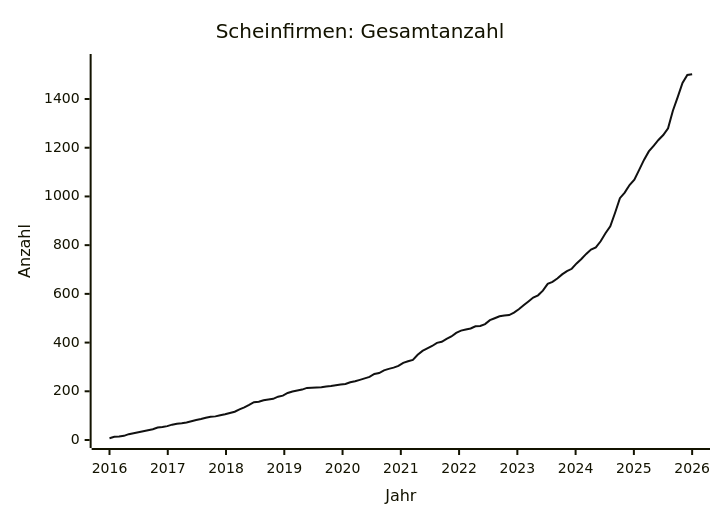
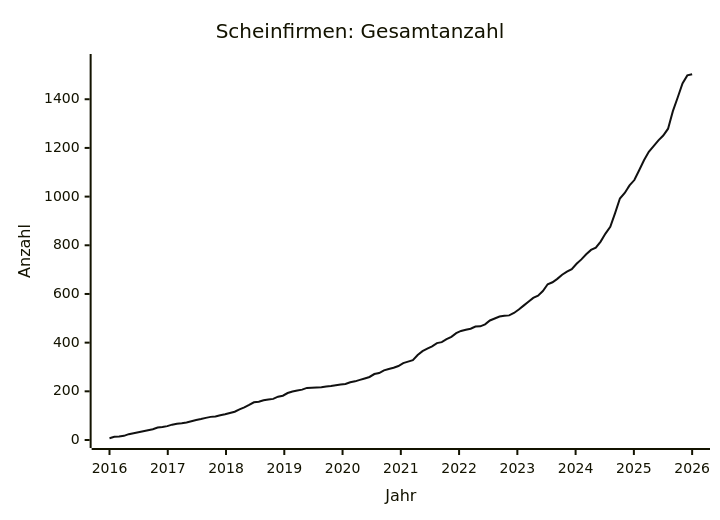
One commit to arjoma/scheinfirmen-at changed the diagram in data/STATS.md. Above: the diagram before and after it, drawn with Mermaid. The commit also changed other lines of this file and 3 other files, not shown here.

````diff
--- a/data/STATS.md
+++ b/data/STATS.md
@@ -9,13 +9,13 @@
 ```mermaid
 ---
 config:
   themeVariables:
     xyChart:
       plotColorPalette: "#111111"
 ---
 xychart-beta
     title "Scheinfirmen: Gesamtanzahl"
     x-axis "Jahr" 2016 --> 2026
-    y-axis "Anzahl" 0 --> 1552
-    line [7, 13, 14, 17, 24, 28, 32, 36, 40, 44, 51, 53, 57, 63, 67, 69, 72, 77, 82, 86, 91, 95, 97, 102, 106, 111, 116, 126, 134, 144, 155, 157, 163, 166, 169, 178, 182, 193, 199, 203, 207, 214, 215, 216, 217, 220, 222, 225, 228, 230, 237, 241, 247, 253, 259, 271, 275, 286, 292, 297, 304, 317, 323, 329, 350, 366, 376, 386, 399, 403, 415, 425, 440, 449, 454, 458, 467, 468, 476, 492, 500, 508, 511, 513, 523, 537, 553, 569, 585, 594, 613, 641, 649, 663, 680, 693, 703, 725, 743, 764, 782, 791, 816, 849, 877, 933, 993, 1016, 1047, 1069, 1109, 1150, 1185, 1208, 1232, 1252, 1280, 1352, 1408, 1466, 1499, 1502]
+    y-axis "Anzahl" 0 --> 1553
+    line [7, 13, 14, 17, 24, 28, 32, 36, 40, 44, 51, 53, 57, 63, 67, 69, 72, 77, 82, 86, 91, 95, 97, 102, 106, 111, 116, 126, 134, 144, 155, 157, 163, 166, 169, 178, 182, 193, 199, 203, 207, 214, 215, 216, 217, 220, 222, 225, 228, 230, 237, 241, 247, 253, 259, 271, 275, 286, 292, 297, 304, 316, 322, 328, 349, 365, 375, 385, 398, 402, 414, 424, 439, 448, 453, 457, 466, 467, 475, 491, 499, 507, 510, 512, 522, 536, 552, 568, 584, 593, 612, 640, 648, 662, 679, 692, 702, 724, 742, 763, 781, 790, 815, 848, 876, 932, 992, 1015, 1046, 1068, 1108, 1149, 1184, 1207, 1231, 1251, 1279, 1351, 1407, 1465, 1498, 1503]
 ```
````
